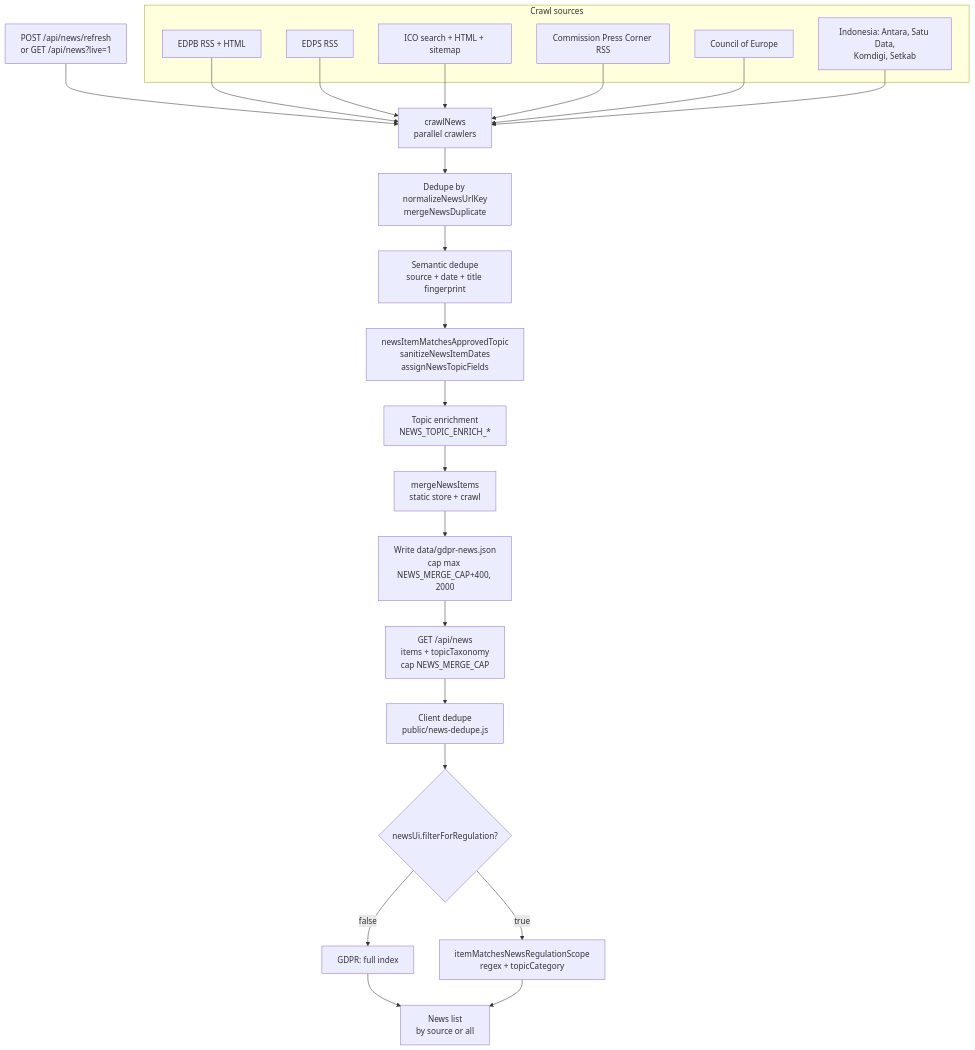
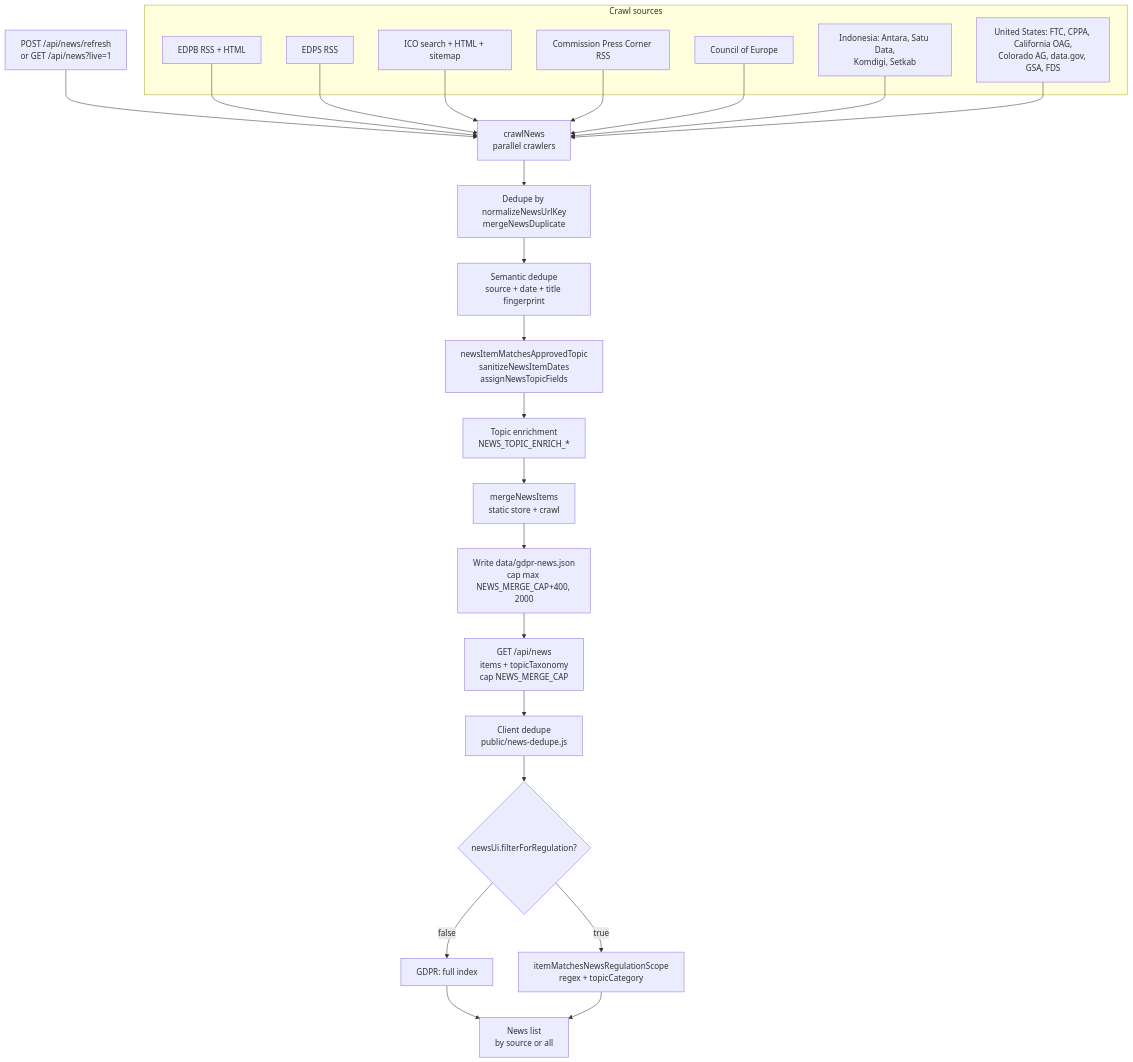
One commit to RifqiMT/gdpr-qa-platform changed the fifth of 6 diagrams in docs/VARIABLES.md. Above: the diagram before and after it, drawn with Mermaid. The commit also changed other lines of this file and 51 other files, not shown here.

````diff
--- a/docs/VARIABLES.md
+++ b/docs/VARIABLES.md
@@ -956,39 +1053,41 @@
 ```mermaid
 flowchart TD
   TRIG["POST /api/news/refresh<br/>or GET /api/news?live=1"]
   CRAWL["crawlNews<br/>parallel crawlers"]
 
   subgraph Sources["Crawl sources"]
     EDPB["EDPB RSS + HTML"]
     EDPS["EDPS RSS"]
     ICO["ICO search + HTML + sitemap"]
     COM["Commission Press Corner RSS"]
     COE["Council of Europe"]
     IDN["Indonesia: Antara, Satu Data,<br/>Komdigi, Setkab"]
+    USN["United States: FTC, CPPA, California OAG,<br/>Colorado AG, data.gov, GSA, FDS"]
   end
 
   URLK["Dedupe by normalizeNewsUrlKey<br/>mergeNewsDuplicate"]
   SEM["Semantic dedupe<br/>source + date + title fingerprint"]
   GATE["newsItemMatchesApprovedTopic<br/>sanitizeNewsItemDates<br/>assignNewsTopicFields"]
   ENR["Topic enrichment<br/>NEWS_TOPIC_ENRICH_*"]
   MERGE["mergeNewsItems<br/>static store + crawl"]
   STORE["Write data/gdpr-news.json<br/>cap max NEWS_MERGE_CAP+400, 2000"]
   API["GET /api/news<br/>items + topicTaxonomy<br/>cap NEWS_MERGE_CAP"]
   CLIENT["Client dedupe<br/>public/news-dedupe.js"]
   FILT{"newsUi.filterForRegulation?"}
   FULL["GDPR: full index"]
   SCOPE["itemMatchesNewsRegulationScope<br/>regex + topicCategory"]
   VIEW["News list<br/>by source or all"]
 
   TRIG --> CRAWL
   EDPB --> CRAWL
   EDPS --> CRAWL
   ICO --> CRAWL
   COM --> CRAWL
   COE --> CRAWL
   IDN --> CRAWL
+  USN --> CRAWL
   CRAWL --> URLK --> SEM --> GATE --> ENR --> MERGE --> STORE
   STORE --> API --> CLIENT --> FILT
   FILT -->|"false"| FULL --> VIEW
   FILT -->|"true"| SCOPE --> VIEW
 ```
````
